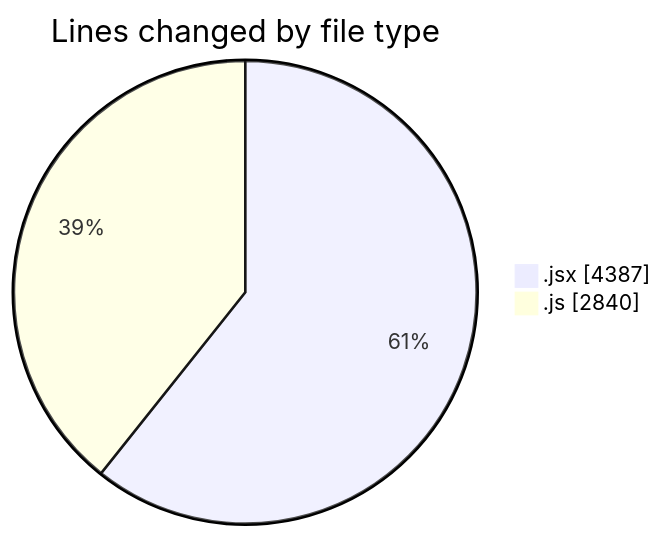
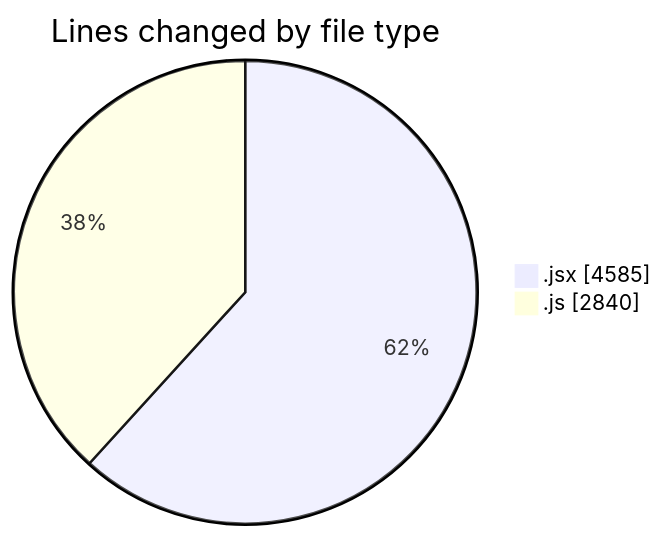
One commit to nxtqubesakshisongat/code-tracking changed the first of 2 diagrams in 2025-09-23/nxtqube_webapp/README.md. Above: the diagram before and after it, drawn with Mermaid. The commit also changed other lines of this file and 1 other file, not shown here.

````diff
--- a/2025-09-23/nxtqube_webapp/README.md
+++ b/2025-09-23/nxtqube_webapp/README.md
@@ -23,6 +23,6 @@
 ```mermaid
 pie showData
 title Lines changed by file type
-".jsx" : 4387
+".jsx" : 4585
 ".js" : 2840
 ```
````
